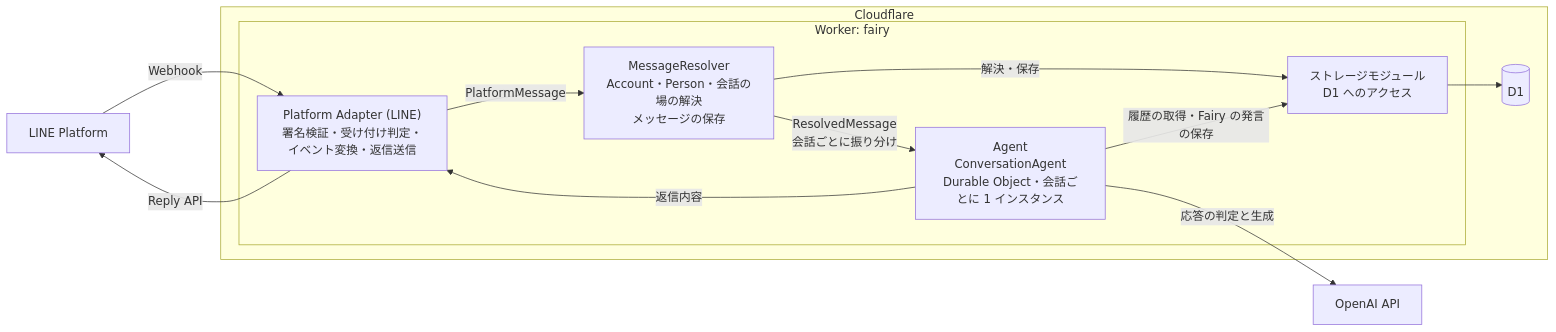
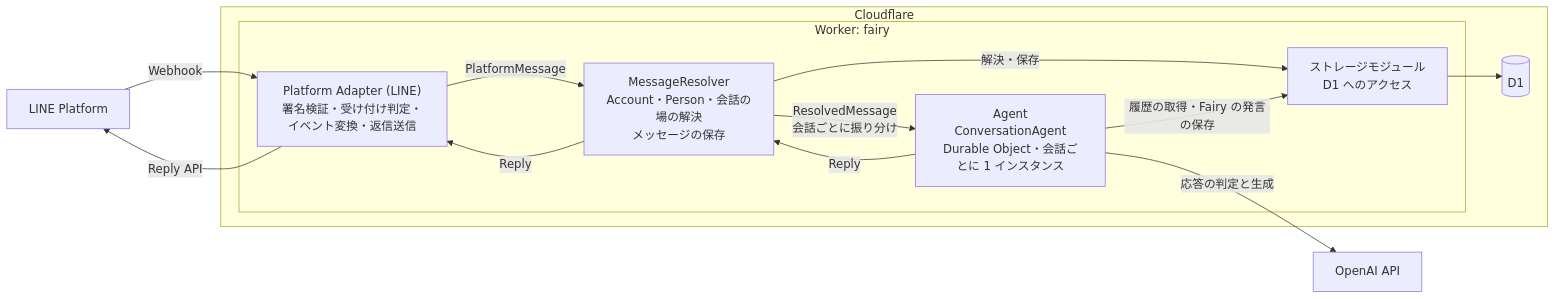
One commit to TatsuyaYamamoto/sicaco-quarter-third-street changed the first of 2 diagrams in docs/phases/phase-1.md. Above: the diagram before and after it, drawn with Mermaid. The commit also changed other lines of this file and 2 other files, not shown here.

Commit message:
Name the agent output Reply in docs

````diff
--- a/docs/phases/phase-1.md
+++ b/docs/phases/phase-1.md
@@ -43,24 +43,25 @@
 ```mermaid
 flowchart LR
     LINE[LINE Platform]
     subgraph CF[Cloudflare]
         subgraph W[Worker: fairy]
             LM["Platform Adapter (LINE)<br/>署名検証・受け付け判定・イベント変換・返信送信"]
             RS[MessageResolver<br/>Account・Person・会話の場の解決<br/>メッセージの保存]
             AG[Agent<br/>ConversationAgent<br/>Durable Object・会話ごとに 1 インスタンス]
             ST[ストレージモジュール<br/>D1 へのアクセス]
         end
         D1[(D1)]
     end
     OAI[OpenAI API]
 
     LINE -- Webhook --> LM
     LM -- PlatformMessage --> RS
     RS -- 解決・保存 --> ST
     RS -- ResolvedMessage<br/>会話ごとに振り分け --> AG
     AG -- 履歴の取得・Fairy の発言の保存 --> ST
     ST --> D1
     AG -- 応答の判定と生成 --> OAI
-    AG -- 返信内容 --> LM
+    AG -- Reply --> RS
+    RS -- Reply --> LM
     LM -- Reply API --> LINE
 ```
````
